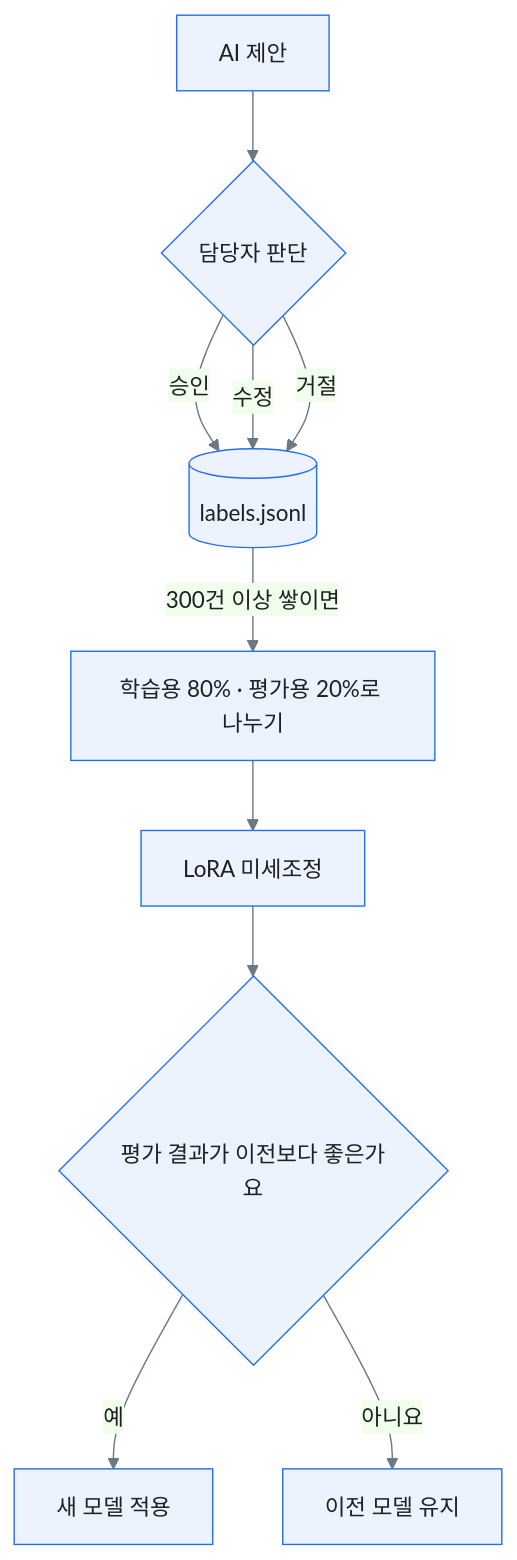
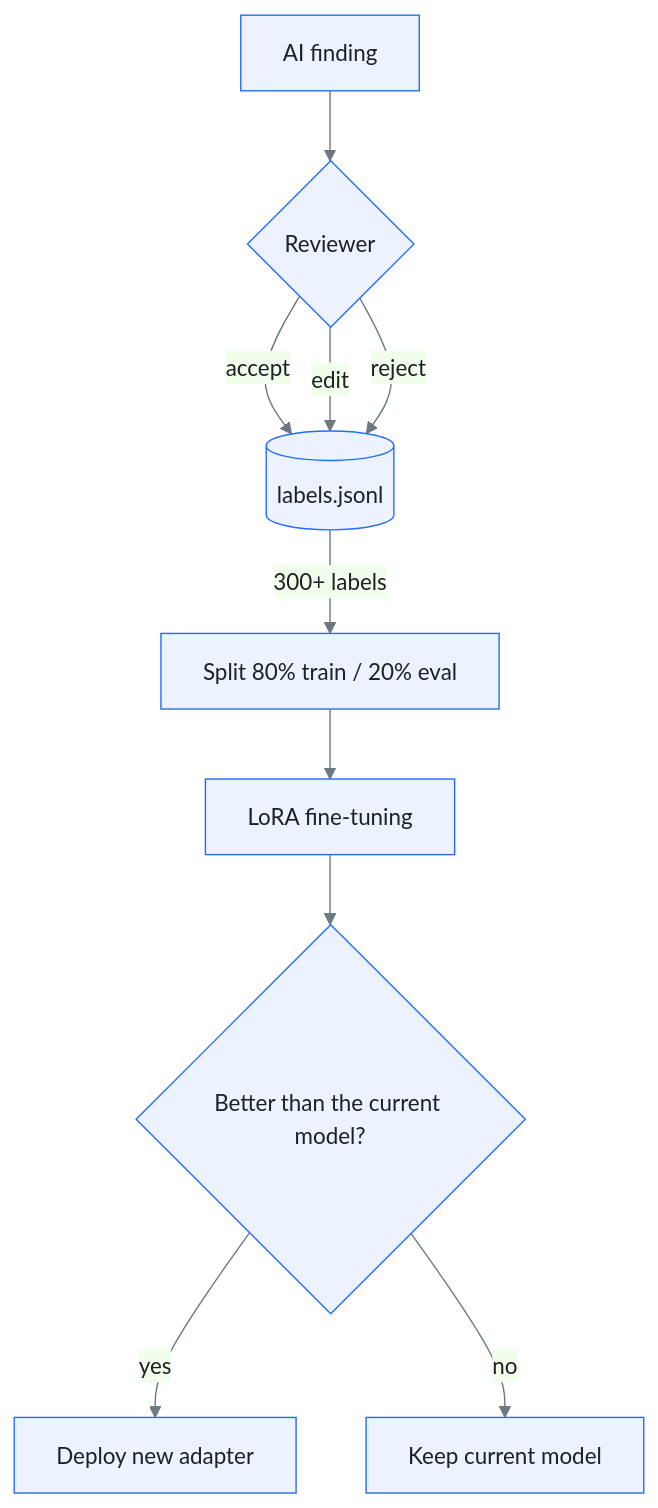
One commit to Mirotoc/Govdoc-agent changed the diagram in docs/ARCHITECTURE.md. Above: the diagram before and after it, drawn with Mermaid. The commit also changed other lines of this file and 21 other files, not shown here.

````diff
--- a/docs/ARCHITECTURE.md
+++ b/docs/ARCHITECTURE.md
@@ -43,13 +43,13 @@
 ```mermaid
-%%{init: {'theme':'base','themeVariables':{'fontFamily':'Pretendard GOV, Pretendard, Malgun Gothic, sans-serif','primaryColor':'#ecf2fe','primaryBorderColor':'#256ef4','primaryTextColor':'#1e2124','lineColor':'#6d7882'}}}%%
+%%{init: {'theme':'base','themeVariables':{'fontFamily':'Segoe UI, Helvetica, Arial, sans-serif','primaryColor':'#ecf2fe','primaryBorderColor':'#256ef4','primaryTextColor':'#1e2124','lineColor':'#6d7882'}}}%%
 flowchart TD
-    A[AI 제안] --> B{담당자 판단}
-    B -->|승인| C[(labels.jsonl)]
-    B -->|수정| C
-    B -->|거절| C
-    C -->|300건 이상 쌓이면| D[학습용 80% · 평가용 20%로 나누기]
-    D --> E[LoRA 미세조정]
-    E --> F{평가 결과가 이전보다 좋은가요}
-    F -->|예| G[새 모델 적용]
-    F -->|아니요| H[이전 모델 유지]
+    A[AI finding] --> B{Reviewer}
+    B -->|accept| C[(labels.jsonl)]
+    B -->|edit| C
+    B -->|reject| C
+    C -->|300+ labels| D[Split 80% train / 20% eval]
+    D --> E[LoRA fine-tuning]
+    E --> F{Better than the current model?}
+    F -->|yes| G[Deploy new adapter]
+    F -->|no| H[Keep current model]
 ```
````
